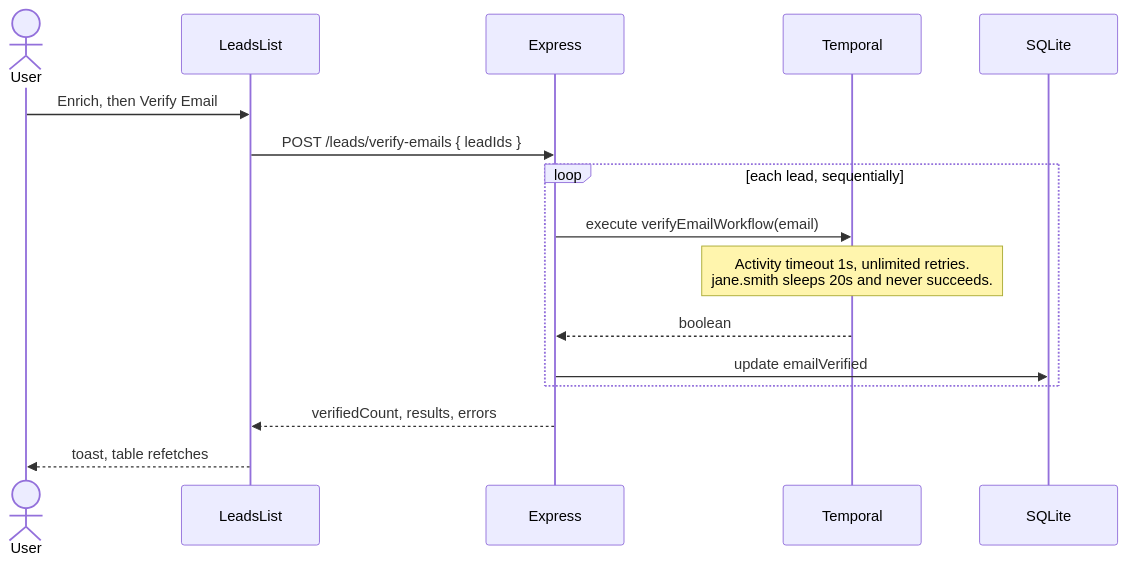
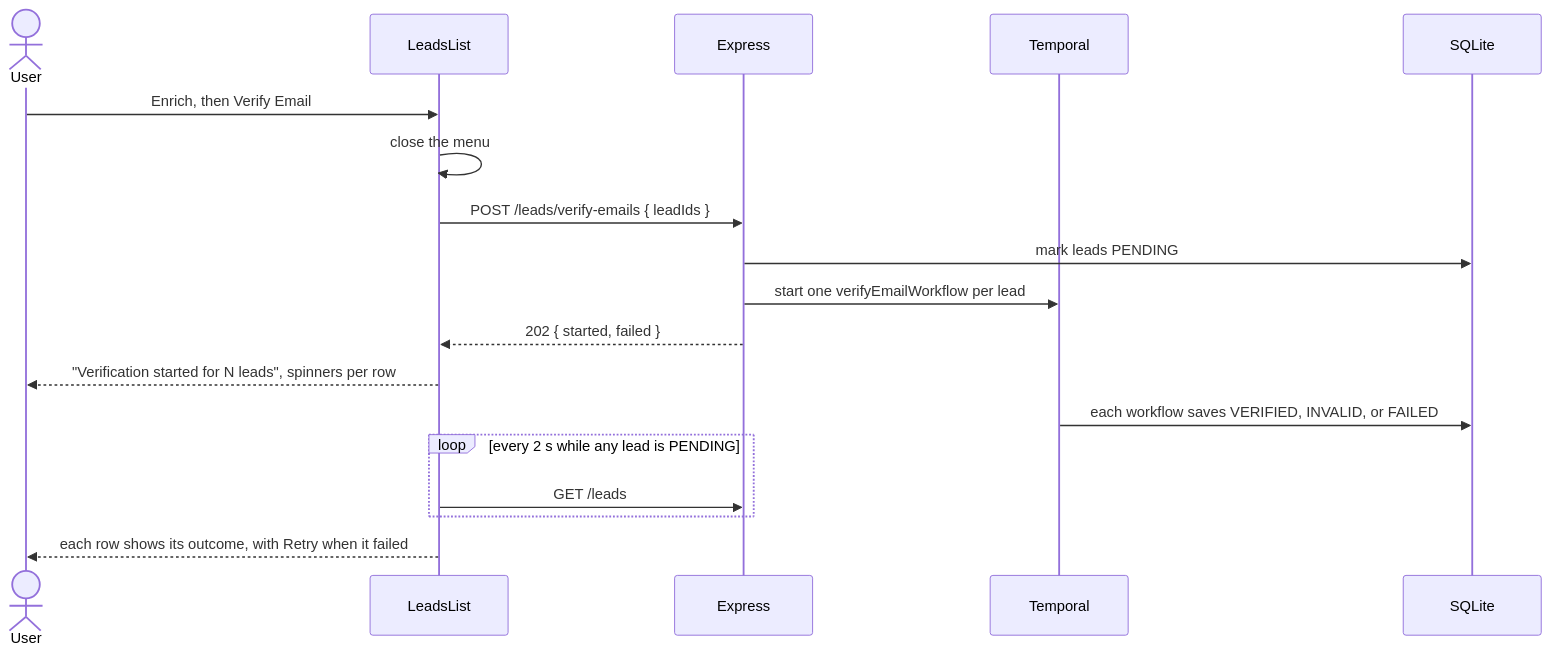
Before and after one commit to Genesy-AI/technical-task-sergi-cortes: the fourth of 4 diagrams in design/architecture/04-features.md, drawn with Mermaid. The commit also changed other lines of this file and 7 other files, not shown here.

First line of the commit message:
docs: document background email verification

````diff
--- a/design/architecture/04-features.md
+++ b/design/architecture/04-features.md
@@ -111,19 +111,21 @@
 ```mermaid
 sequenceDiagram
     actor U as User
     participant L as LeadsList
     participant API as Express
     participant T as Temporal
     participant DB as SQLite
 
     U->>L: Enrich, then Verify Email
+    L->>L: close the menu
     L->>API: POST /leads/verify-emails { leadIds }
-    loop each lead, sequentially
-        API->>T: execute verifyEmailWorkflow(email)
-        Note over T: Activity timeout 1s, unlimited retries.<br/>jane.smith sleeps 20s and never succeeds.
-        T-->>API: boolean
-        API->>DB: update emailVerified
+    API->>DB: mark leads PENDING
+    API->>T: start one verifyEmailWorkflow per lead
+    API-->>L: 202 { started, failed }
+    L-->>U: "Verification started for N leads", spinners per row
+    T->>DB: each workflow saves VERIFIED, INVALID, or FAILED
+    loop every 2 s while any lead is PENDING
+        L->>API: GET /leads
     end
-    API-->>L: verifiedCount, results, errors
-    L-->>U: toast, table refetches
+    L-->>U: each row shows its outcome, with Retry when it failed
 ```
````
